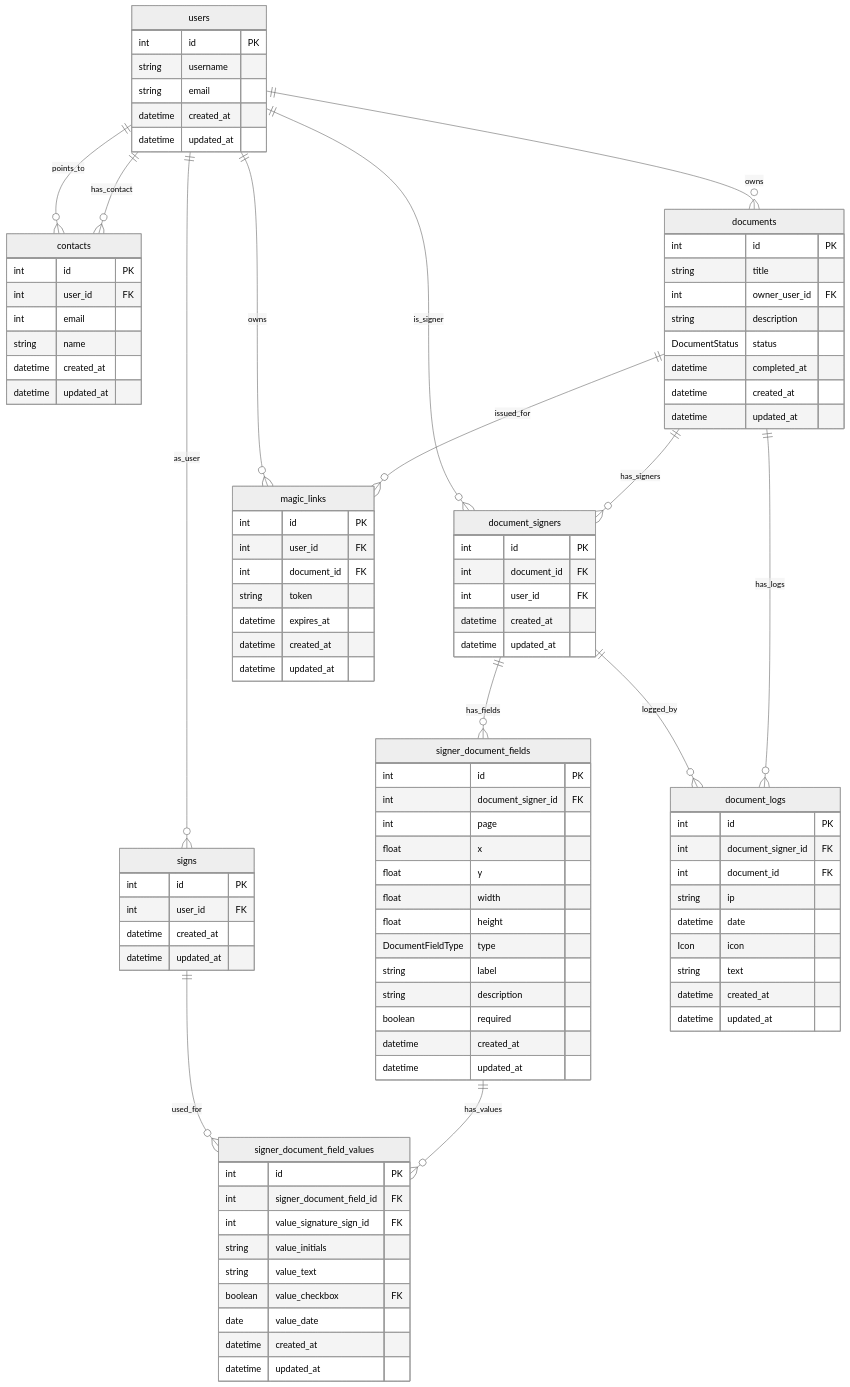
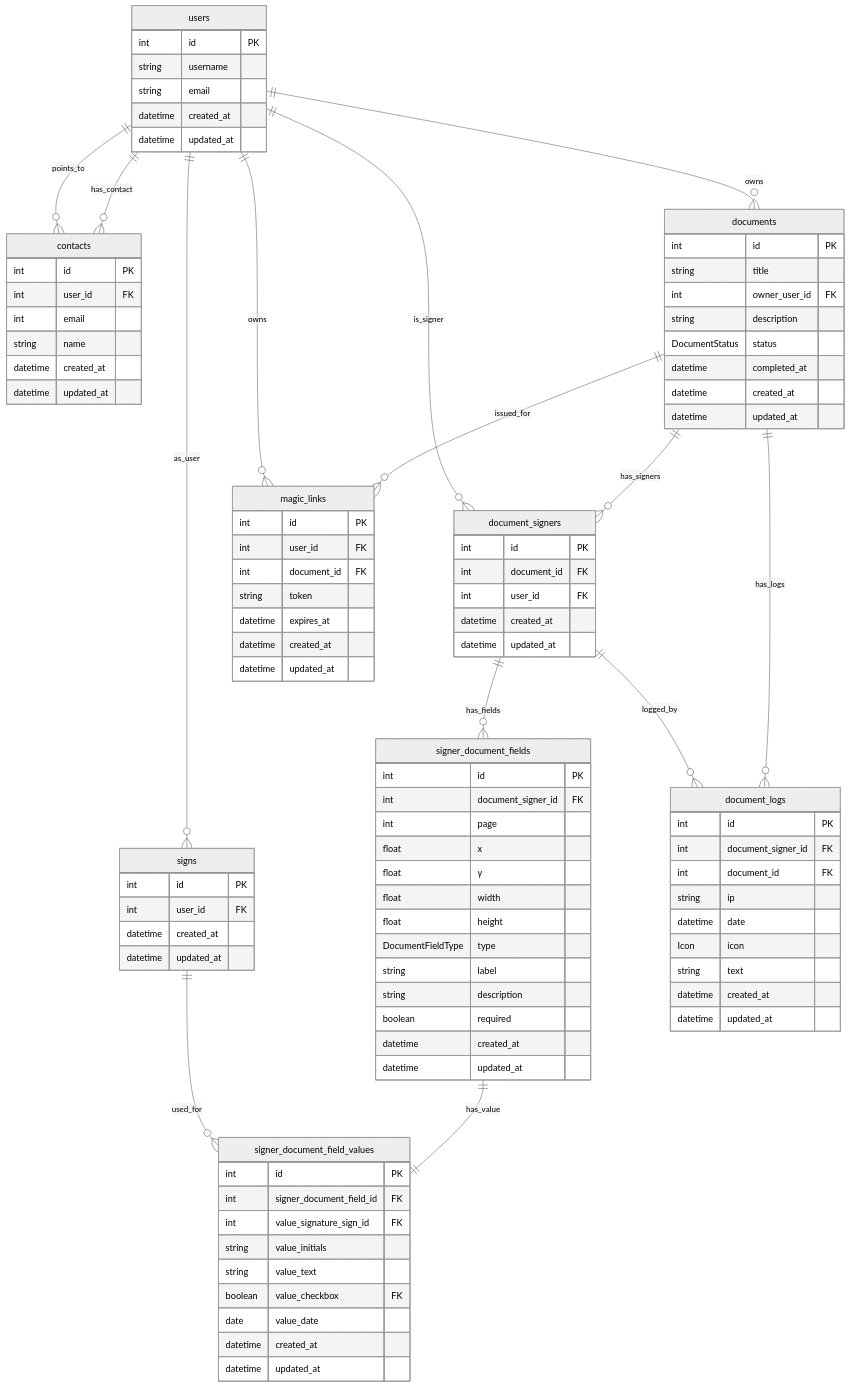
One commit to Jan-Eckerlein/signit changed the first of 2 diagrams in system-design/db-schema.md. Above: the diagram before and after it, drawn with Mermaid (neutral theme).

Commit message:
Update database schema to correct the relationship between signer_document_fields and signer_document_field_values, changing the cardinality from "has_values" to "has_value" for improved accuracy in data representation.</message>
<message>Aktualisieren Sie das Datenbankschema, um die Beziehung zwischen signer_document_fields und signer_document_field_values zu korrigieren, indem die Kardinalität von "has_values" auf "has_value" geändert wird, um die Genauigkeit der Datenrepräsentation zu verbessern.

```diff
--- a/system-design/db-schema.md
+++ b/system-design/db-schema.md
@@ -101,7 +101,7 @@
     documents ||--o{ document_signers        : "has_signers"
     users ||--o{ document_signers         : "is_signer"
     document_signers ||--o{ signer_document_fields : "has_fields"
-    signer_document_fields ||--o{ signer_document_field_values : "has_values"
+    signer_document_fields ||--|| signer_document_field_values : "has_value"
     signs ||--o{ signer_document_field_values : "used_for"
     documents ||--o{ document_logs           : "has_logs"
     document_signers ||--o{ document_logs            : "logged_by"
```
